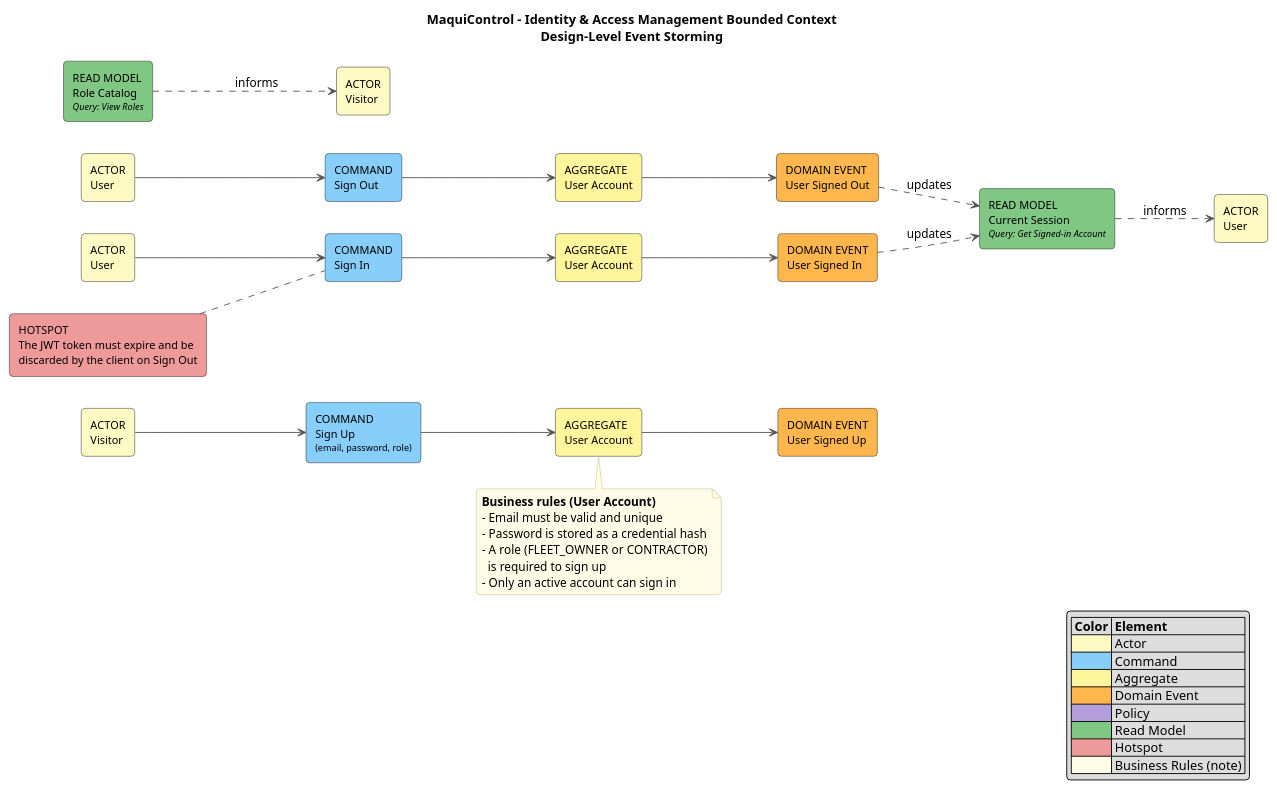
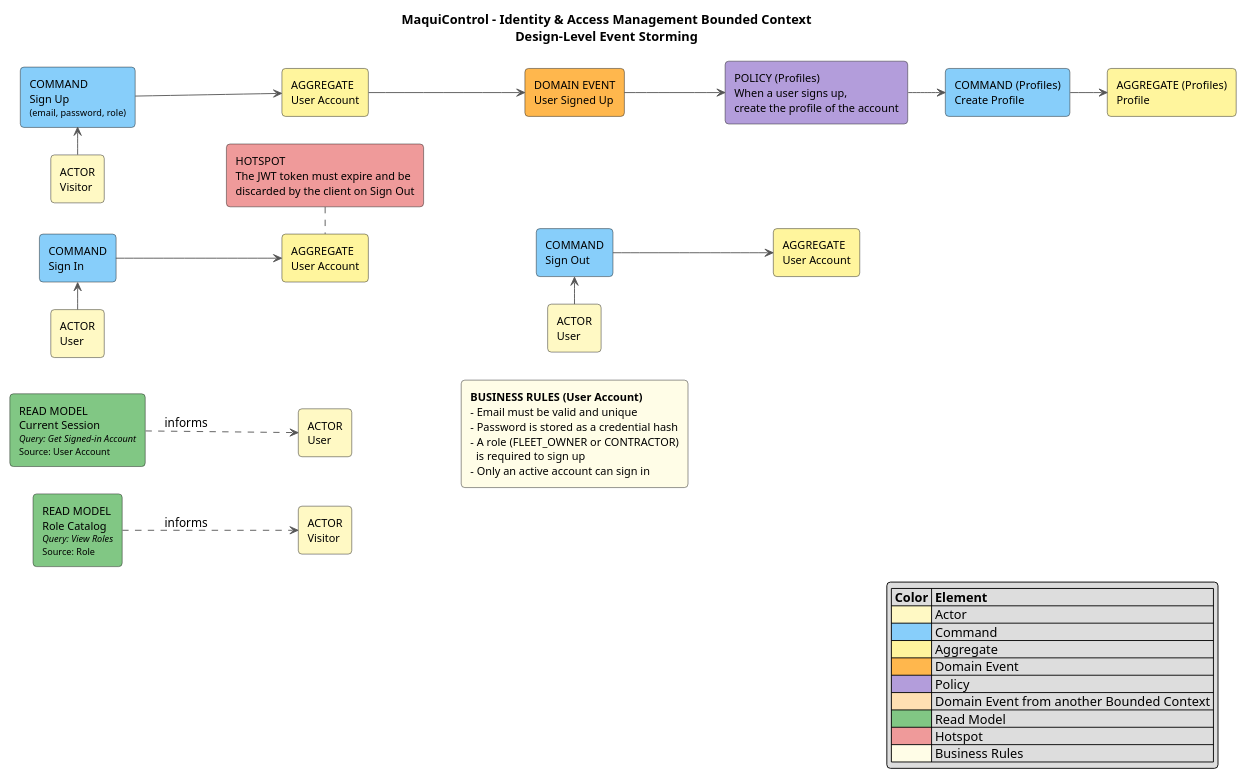
Before and after one commit to upc-pre-202620-1asi0729-7750-heavytech/maquicontrol-report: the diagram in docs/architecture/event-storming/identity-access-management-design-level.puml, drawn with PlantUML. The commit also changed 17 other files, not shown here.

Commit message:
docs(event-storming): redraw diagrams as horizontal timelines with policy chains

```diff
--- a/docs/architecture/event-storming/identity-access-management-design-level.puml
+++ b/docs/architecture/event-storming/identity-access-management-design-level.puml
@@ -1,71 +1,67 @@
 @startuml
 title MaquiControl - Identity & Access Management Bounded Context\nDesign-Level Event Storming
 
 left to right direction
 skinparam shadowing false
 skinparam roundcorner 8
 skinparam defaultFontName Arial
 skinparam rectangleFontSize 12
-skinparam noteBackgroundColor #FFFDE7
+skinparam ArrowColor #555555
 skinparam noteBorderColor #BDB76B
-skinparam ArrowColor #555555
+skinparam nodesep 30
+skinparam ranksep 40
 
-' ===== Actor -> Command -> Aggregate -> Domain Event =====
-rectangle "COMMAND\nSign Up\n<size:10>(email, password, role)</size>" as CMD_SIGN_UP #87CEFA
-rectangle "AGGREGATE\nUser Account" as AGG_USER_ACCOUNT_0 #FFF59D
-rectangle "DOMAIN EVENT\nUser Signed Up" as EVT_USER_SIGNED_UP #FFB74D
-rectangle "ACTOR\nVisitor" as ACT_VISITOR_0 #FFF9C4
-rectangle "COMMAND\nSign In" as CMD_SIGN_IN #87CEFA
-rectangle "AGGREGATE\nUser Account" as AGG_USER_ACCOUNT_1 #FFF59D
-rectangle "DOMAIN EVENT\nUser Signed In" as EVT_USER_SIGNED_IN #FFB74D
-rectangle "ACTOR\nUser" as ACT_USER_1 #FFF9C4
-rectangle "COMMAND\nSign Out" as CMD_SIGN_OUT #87CEFA
-rectangle "AGGREGATE\nUser Account" as AGG_USER_ACCOUNT_2 #FFF59D
-rectangle "DOMAIN EVENT\nUser Signed Out" as EVT_USER_SIGNED_OUT #FFB74D
-rectangle "ACTOR\nUser" as ACT_USER_2 #FFF9C4
+rectangle "COMMAND\nSign Up\n<size:10>(email, password, role)</size>" as CMD_1 #87CEFA
+rectangle "ACTOR\nVisitor" as ACT_2 #FFF9C4
+ACT_2 -left-> CMD_1
+rectangle "AGGREGATE\nUser Account" as AGG_3 #FFF59D
+CMD_1 --> AGG_3
+rectangle "DOMAIN EVENT\nUser Signed Up" as EVT_4 #FFB74D
+AGG_3 --> EVT_4
+rectangle "POLICY (Profiles)\nWhen a user signs up,\ncreate the profile of the account" as POL_5 #B39DDB
+EVT_4 --> POL_5
+rectangle "COMMAND (Profiles)\nCreate Profile" as CMD_6 #87CEFA
+POL_5 --> CMD_6
+rectangle "AGGREGATE (Profiles)\nProfile" as AGG_7 #FFF59D
+CMD_6 --> AGG_7
+rectangle "COMMAND\nSign In" as CMD_8 #87CEFA
+rectangle "ACTOR\nUser" as ACT_9 #FFF9C4
+ACT_9 -left-> CMD_8
+rectangle "AGGREGATE\nUser Account" as AGG_10 #FFF59D
+CMD_8 --> AGG_10
+rectangle "HOTSPOT\nThe JWT token must expire and be\ndiscarded by the client on Sign Out" as HOT_11 #EF9A9A
+HOT_11 .right. AGG_10
+rectangle "COMMAND\nSign Out" as CMD_12 #87CEFA
+rectangle "ACTOR\nUser" as ACT_13 #FFF9C4
+ACT_13 -left-> CMD_12
+rectangle "AGGREGATE\nUser Account" as AGG_14 #FFF59D
+CMD_12 --> AGG_14
+AGG_10 -[hidden]-> CMD_12
+rectangle "<b>BUSINESS RULES (User Account)</b>\n- Email must be valid and unique\n- Password is stored as a credential hash\n- A role (FLEET_OWNER or CONTRACTOR)\n  is required to sign up\n- Only an active account can sign in" as BR_15 #FFFDE7
+rectangle "READ MODEL\nCurrent Session\n<size:10><i>Query: Get Signed-in Account</i></size>\n<size:10>Source: User Account</size>" as RM_16 #81C784
+rectangle "ACTOR\nUser" as ACT_17 #FFF9C4
+RM_16 ..> ACT_17 : informs
+rectangle "READ MODEL\nRole Catalog\n<size:10><i>Query: View Roles</i></size>\n<size:10>Source: Role</size>" as RM_18 #81C784
+rectangle "ACTOR\nVisitor" as ACT_19 #FFF9C4
+RM_18 ..> ACT_19 : informs
 
-' ===== Policies =====
-
-' ===== Read Models =====
-rectangle "READ MODEL\nCurrent Session\n<size:10><i>Query: Get Signed-in Account</i></size>" as RM_0 #81C784
-rectangle "ACTOR\nUser" as ACT_RM_0 #FFF9C4
-rectangle "READ MODEL\nRole Catalog\n<size:10><i>Query: View Roles</i></size>" as RM_1 #81C784
-rectangle "ACTOR\nVisitor" as ACT_RM_1 #FFF9C4
-rectangle "HOTSPOT\nThe JWT token must expire and be\ndiscarded by the client on Sign Out" as HOT_0 #EF9A9A
-
-ACT_VISITOR_0 --> CMD_SIGN_UP
-CMD_SIGN_UP --> AGG_USER_ACCOUNT_0
-AGG_USER_ACCOUNT_0 --> EVT_USER_SIGNED_UP
-note bottom of AGG_USER_ACCOUNT_0
-<b>Business rules (User Account)</b>
-- Email must be valid and unique
-- Password is stored as a credential hash
-- A role (FLEET_OWNER or CONTRACTOR)
-  is required to sign up
-- Only an active account can sign in
-end note
-ACT_USER_1 --> CMD_SIGN_IN
-CMD_SIGN_IN --> AGG_USER_ACCOUNT_1
-AGG_USER_ACCOUNT_1 --> EVT_USER_SIGNED_IN
-ACT_USER_2 --> CMD_SIGN_OUT
-CMD_SIGN_OUT --> AGG_USER_ACCOUNT_2
-AGG_USER_ACCOUNT_2 --> EVT_USER_SIGNED_OUT
-EVT_USER_SIGNED_IN ..> RM_0 : updates
-EVT_USER_SIGNED_OUT ..> RM_0 : updates
-RM_0 ..> ACT_RM_0 : informs
-RM_1 ..> ACT_RM_1 : informs
-HOT_0 .. CMD_SIGN_IN
+' Flows are stacked from top to bottom; each one reads left to right
+CMD_8 -[hidden]left-> CMD_1
+RM_16 -[hidden]left-> CMD_8
+RM_18 -[hidden]left-> RM_16
+ACT_17 -[hidden]-> BR_15
 
 legend right
 |= Color |= Element |
 |<#FFF9C4>| Actor |
 |<#87CEFA>| Command |
 |<#FFF59D>| Aggregate |
 |<#FFB74D>| Domain Event |
 |<#B39DDB>| Policy |
+|<#FFE0B2>| Domain Event from another Bounded Context |
 |<#81C784>| Read Model |
 |<#EF9A9A>| Hotspot |
-|<#FFFDE7>| Business Rules (note) |
+|<#FFFDE7>| Business Rules |
 endlegend
 
 @enduml
```
